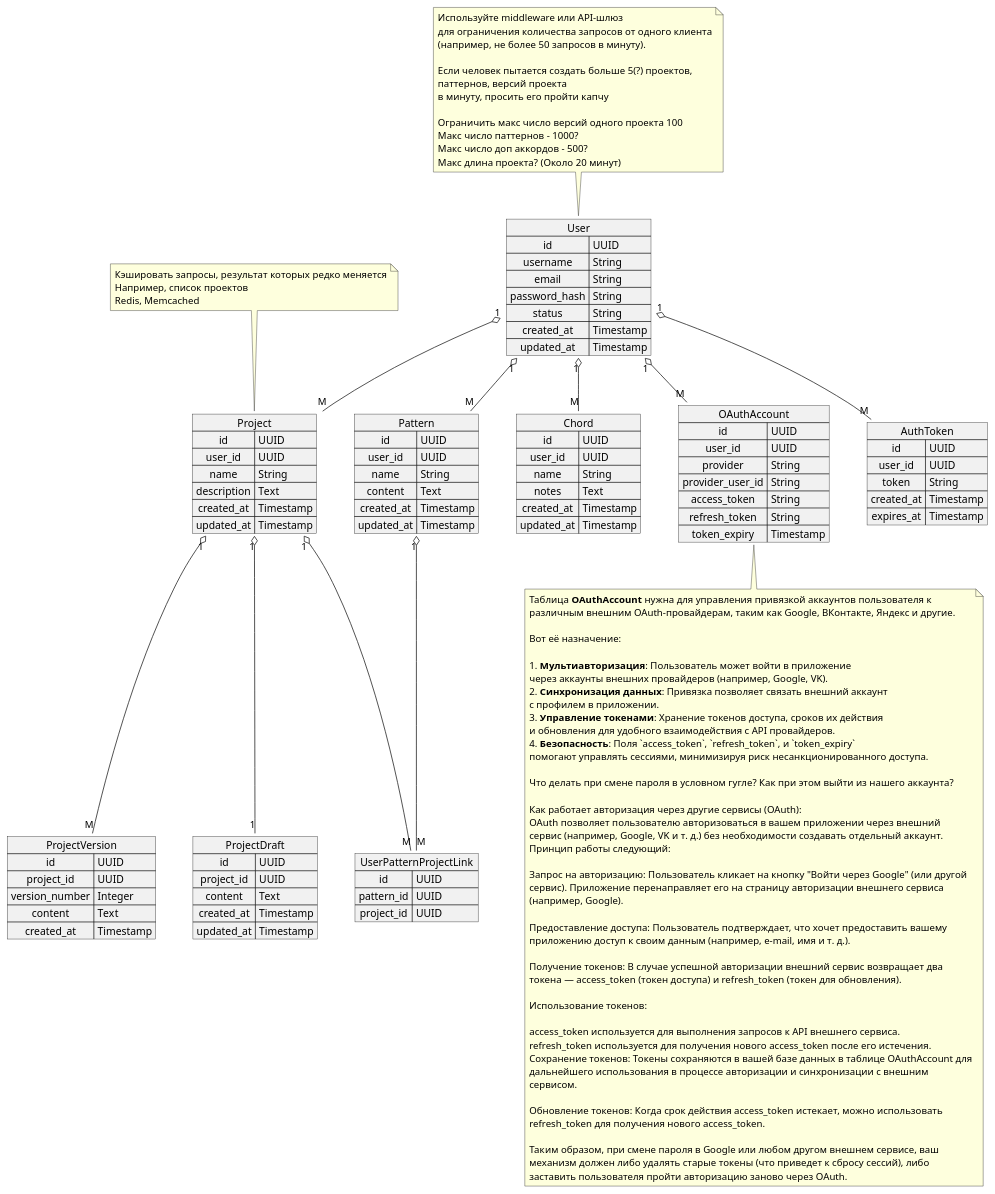
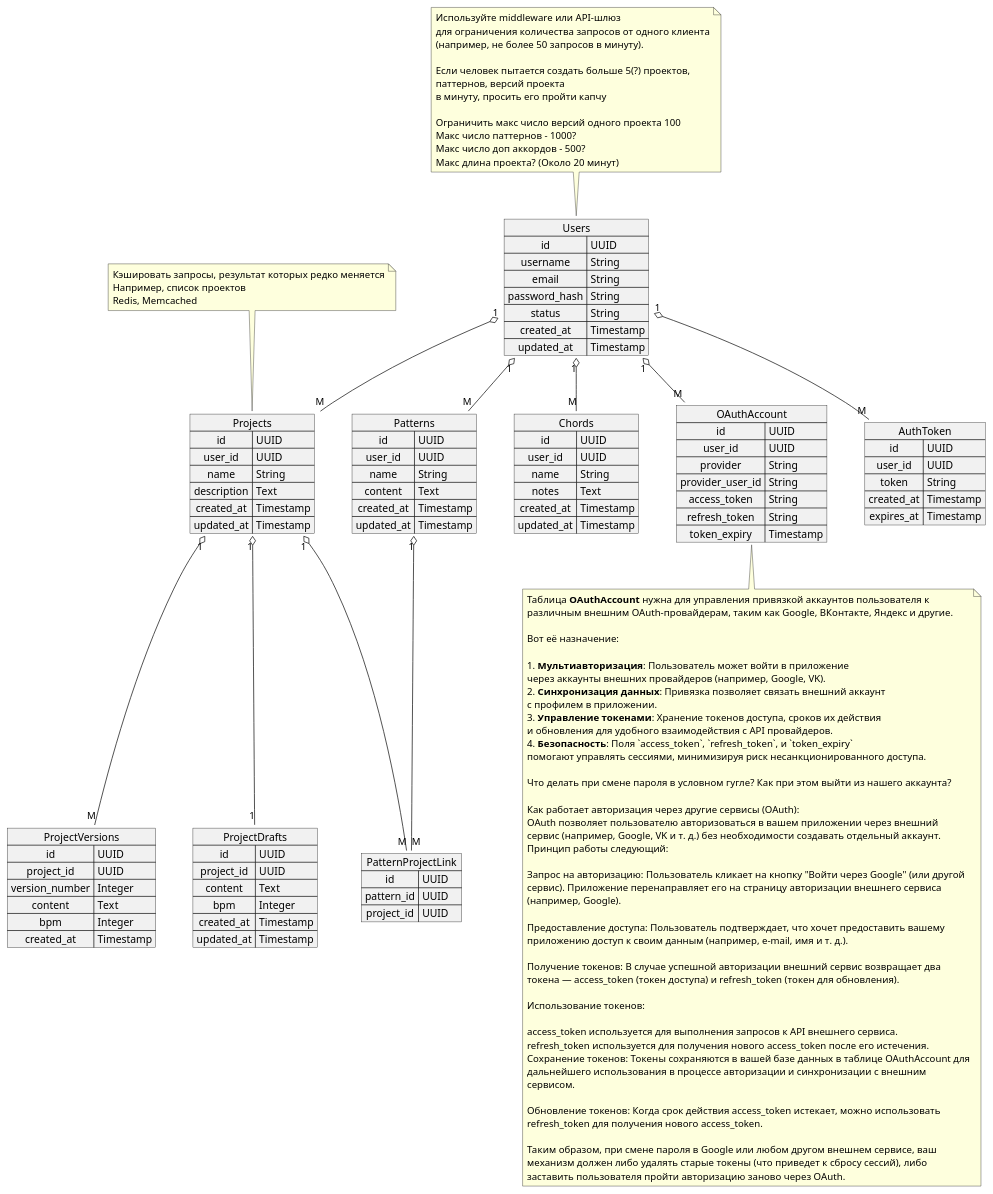
Before and after one commit to AnastasiaKallisto/GuitarApp: the diagram in PlantUMLdiagrams/База данных.puml, drawn with PlantUML. The commit also changed 1 other file, not shown here.

```diff
--- a/PlantUMLdiagrams/База данных.puml
+++ b/PlantUMLdiagrams/База данных.puml
@@ -1,159 +1,160 @@
 @startuml
 
 <style>
 note {
     MaximumWidth 600
 }
 </style>
 
 
-map "User" as User {
+map "Users" as Users {
     id => UUID
     username => String
     email => String
     password_hash => String
     status => String
     created_at => Timestamp
     updated_at => Timestamp
 }
 
 note top
 Используйте middleware или API-шлюз
 для ограничения количества запросов от одного клиента
 (например, не более 50 запросов в минуту).
 
 Если человек пытается создать больше 5(?) проектов,
 паттернов, версий проекта
 в минуту, просить его пройти капчу
 
 Ограничить макс число версий одного проекта 100
 Макс число паттернов - 1000?
 Макс число доп аккордов - 500?
 Макс длина проекта? (Около 20 минут)
 end note
 
-map "Project" as Project {
+map "Projects" as Projects {
     id => UUID
     user_id => UUID
     name => String
     description => Text
     created_at => Timestamp
     updated_at => Timestamp
 }
 
 note top
 Кэшировать запросы, результат которых редко меняется
 Например, список проектов
 Redis, Memcached
 end note
 
-map "Pattern" as Pattern {
+map "Patterns" as Patterns {
     id => UUID
     user_id => UUID
     name => String
     content => Text
     created_at => Timestamp
     updated_at => Timestamp
 }
 
-map "Chord" as Chord {
+map "Chords" as Chords {
     id => UUID
     user_id => UUID
     name => String
     notes => Text
     created_at => Timestamp
     updated_at => Timestamp
 }
 
 
 map "OAuthAccount" as OAuthAccount {
     id => UUID
     user_id => UUID
     provider => String
     provider_user_id => String
     access_token => String
     refresh_token => String
     token_expiry => Timestamp
 }
 
 
 note bottom
 Таблица **OAuthAccount** нужна для управления привязкой аккаунтов пользователя к различным внешним OAuth-провайдерам, таким как Google, ВКонтакте, Яндекс и другие.
 
 Вот её назначение:
 
 1. **Мультиавторизация**: Пользователь может войти в приложение
 через аккаунты внешних провайдеров (например, Google, VK).
 2. **Синхронизация данных**: Привязка позволяет связать внешний аккаунт
 с профилем в приложении.
 3. **Управление токенами**: Хранение токенов доступа, сроков их действия
 и обновления для удобного взаимодействия с API провайдеров.
 4. **Безопасность**: Поля `access_token`, `refresh_token`, и `token_expiry`
 помогают управлять сессиями, минимизируя риск несанкционированного доступа.
 
 Что делать при смене пароля в условном гугле? Как при этом выйти из нашего аккаунта?
 
 Как работает авторизация через другие сервисы (OAuth):
 OAuth позволяет пользователю авторизоваться в вашем приложении через внешний сервис (например, Google, VK и т. д.) без необходимости создавать отдельный аккаунт. Принцип работы следующий:
 
 Запрос на авторизацию: Пользователь кликает на кнопку "Войти через Google" (или другой сервис). Приложение перенаправляет его на страницу авторизации внешнего сервиса (например, Google).
 
 Предоставление доступа: Пользователь подтверждает, что хочет предоставить вашему приложению доступ к своим данным (например, e-mail, имя и т. д.).
 
 Получение токенов: В случае успешной авторизации внешний сервис возвращает два токена — access_token (токен доступа) и refresh_token (токен для обновления).
 
 Использование токенов:
 
 access_token используется для выполнения запросов к API внешнего сервиса.
 refresh_token используется для получения нового access_token после его истечения.
 Сохранение токенов: Токены сохраняются в вашей базе данных в таблице OAuthAccount для дальнейшего использования в процессе авторизации и синхронизации с внешним сервисом.
 
 Обновление токенов: Когда срок действия access_token истекает, можно использовать refresh_token для получения нового access_token.
 
 Таким образом, при смене пароля в Google или любом другом внешнем сервисе, ваш механизм должен либо удалять старые токены (что приведет к сбросу сессий), либо заставить пользователя пройти авторизацию заново через OAuth.
 end note
 
 map "AuthToken" as AuthToken {
     id => UUID
     user_id => UUID
     token => String
     created_at => Timestamp
     expires_at => Timestamp
 }
 
 ' Хранение версий проектов
-map "ProjectVersion" as ProjectVersion {
+map "ProjectVersions" as ProjectVersions {
     id => UUID
     project_id => UUID
     version_number => Integer
     content => Text
+    bpm => Integer
     created_at => Timestamp
 }
 
-' Промежуточная таблица для связи пользователей, паттернов и проектов
-map "UserPatternProjectLink" as UserPatternProjectLink {
+
+map "PatternProjectLink" as PatternProjectLink {
     id => UUID
     pattern_id => UUID
     project_id => UUID
 }
 
-map "ProjectDraft" as ProjectDraft {
+map "ProjectDrafts" as ProjectDrafts {
     id => UUID
     project_id => UUID
     content => Text
+    bpm => Integer
     created_at => Timestamp
     updated_at => Timestamp
 }
 
 
-User "1" o-- "M" Project
-User "1" o-- "M" Chord
-User "1" o-- "M" OAuthAccount
-User "1" o-- "M" AuthToken
-User "1" o-- "M" Pattern
-Project "1" o-- "M" ProjectVersion
-Project "1" o-- "1" ProjectDraft
-
-Pattern "1" o-- "M" UserPatternProjectLink
-Project "1" o-- "M" UserPatternProjectLink
+Users "1" o-- "M" Projects
+Users "1" o-- "M" Chords
+Users "1" o-- "M" OAuthAccount
+Users "1" o-- "M" AuthToken
+Users "1" o-- "M" Patterns
+Projects "1" o-- "M" ProjectVersions
+Projects "1" o-- "1" ProjectDrafts
+Patterns "1" o-- "M" PatternProjectLink
+Projects "1" o-- "M" PatternProjectLink
 @enduml
```
